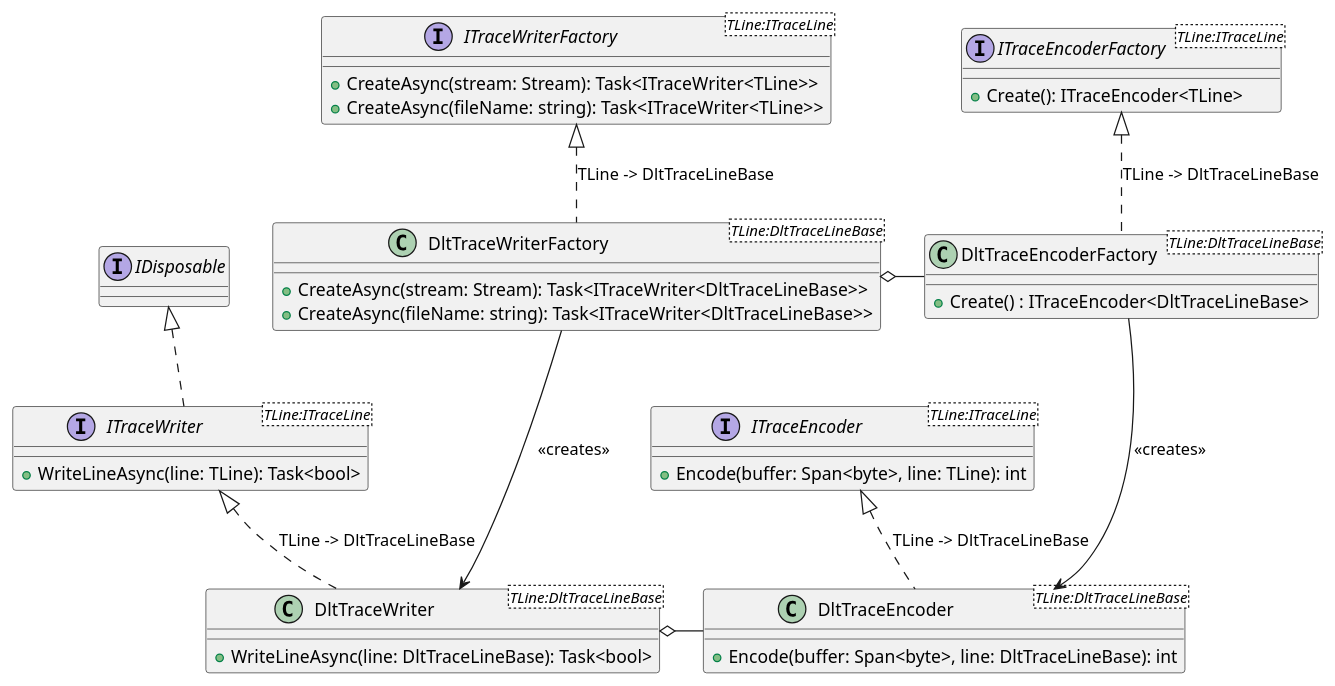
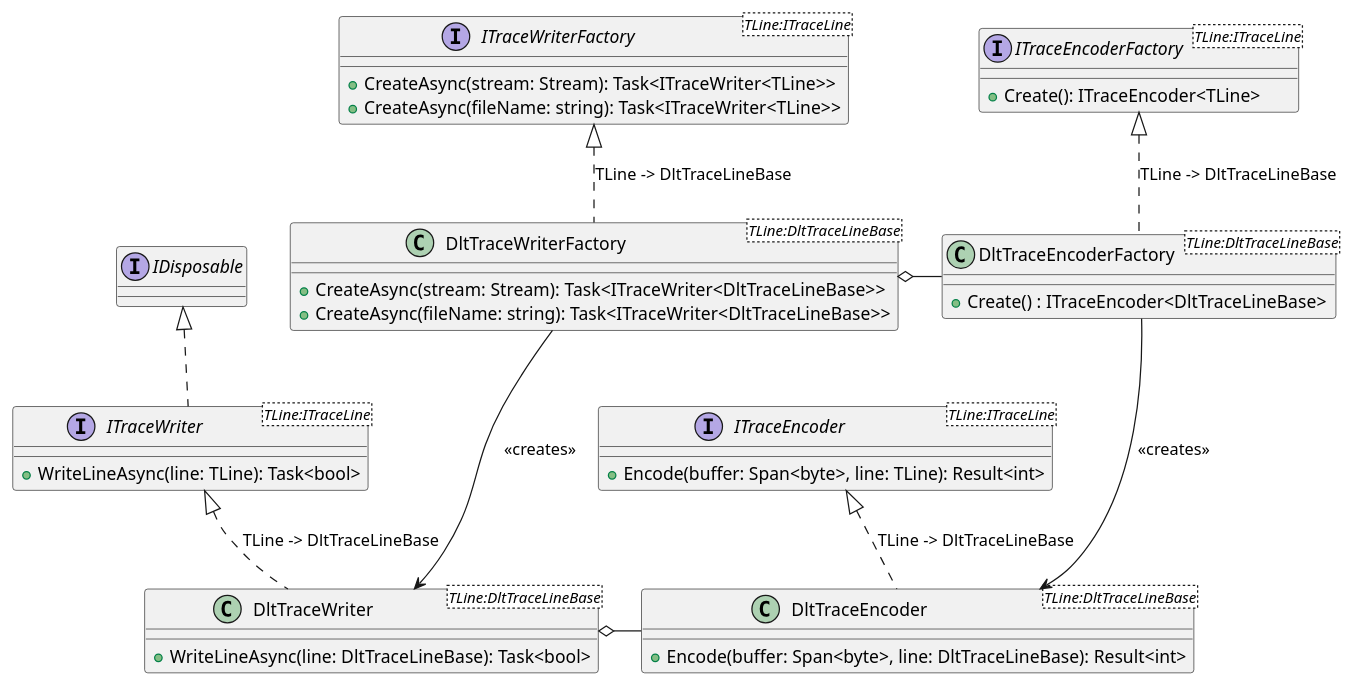
Before and after one commit to jcurl/RJCP.DLL.Log: the diagram in TraceReader.Dlt/docs/diagrams/DLT.Writer.plantuml, drawn with PlantUML. The commit also changed 7 other files, not shown here.

First line of the commit message:
DLT Writer: Update UML for Result<int> type

```diff
--- a/TraceReader.Dlt/docs/diagrams/DLT.Writer.plantuml
+++ b/TraceReader.Dlt/docs/diagrams/DLT.Writer.plantuml
@@ -1,46 +1,46 @@
 @startuml DLT.Writer
 interface IDisposable
 
 interface ITraceWriter<TLine:ITraceLine> {
     +WriteLineAsync(line: TLine): Task<bool>
 }
 IDisposable <|.d. ITraceWriter
 
 interface ITraceWriterFactory<TLine:ITraceLine> {
     +CreateAsync(stream: Stream): Task<ITraceWriter<TLine>>
     +CreateAsync(fileName: string): Task<ITraceWriter<TLine>>
 }
 
 interface ITraceEncoderFactory<TLine:ITraceLine> {
     +Create(): ITraceEncoder<TLine>
 }
 
 interface ITraceEncoder<TLine:ITraceLine> {
-    +Encode(buffer: Span<byte>, line: TLine): int
+    +Encode(buffer: Span<byte>, line: TLine): Result<int>
 }
 
 class DltTraceWriterFactory<TLine:DltTraceLineBase> {
     +CreateAsync(stream: Stream): Task<ITraceWriter<DltTraceLineBase>>
     +CreateAsync(fileName: string): Task<ITraceWriter<DltTraceLineBase>>
 }
 ITraceWriterFactory <|.d. DltTraceWriterFactory : TLine -> DltTraceLineBase
 DltTraceWriterFactory -d--> DltTraceWriter : <<creates>>
 
 class DltTraceEncoderFactory<TLine:DltTraceLineBase> {
     +Create() : ITraceEncoder<DltTraceLineBase>
 }
 ITraceEncoderFactory <|.d. DltTraceEncoderFactory : TLine -> DltTraceLineBase
 DltTraceWriterFactory o-r- DltTraceEncoderFactory
 DltTraceEncoderFactory -d--> DltTraceEncoder : <<creates>>
 
 class DltTraceWriter<TLine:DltTraceLineBase> {
     +WriteLineAsync(line: DltTraceLineBase): Task<bool>
 }
 ITraceWriter <|.d. DltTraceWriter : TLine -> DltTraceLineBase
 
 class DltTraceEncoder<TLine:DltTraceLineBase> {
-    +Encode(buffer: Span<byte>, line: DltTraceLineBase): int
+    +Encode(buffer: Span<byte>, line: DltTraceLineBase): Result<int>
 }
 ITraceEncoder <|.d. DltTraceEncoder : TLine -> DltTraceLineBase
 DltTraceWriter o-r- DltTraceEncoder
 @enduml
```
